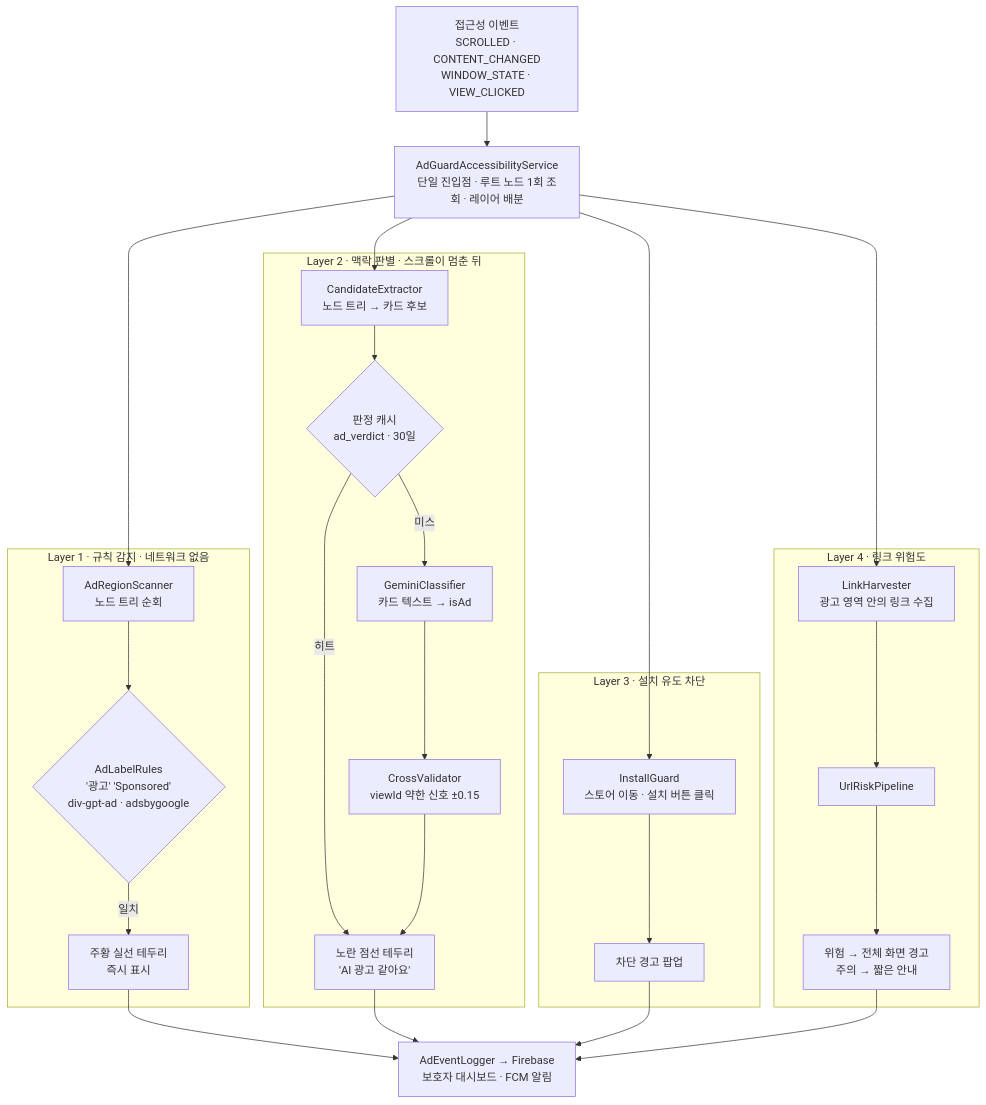
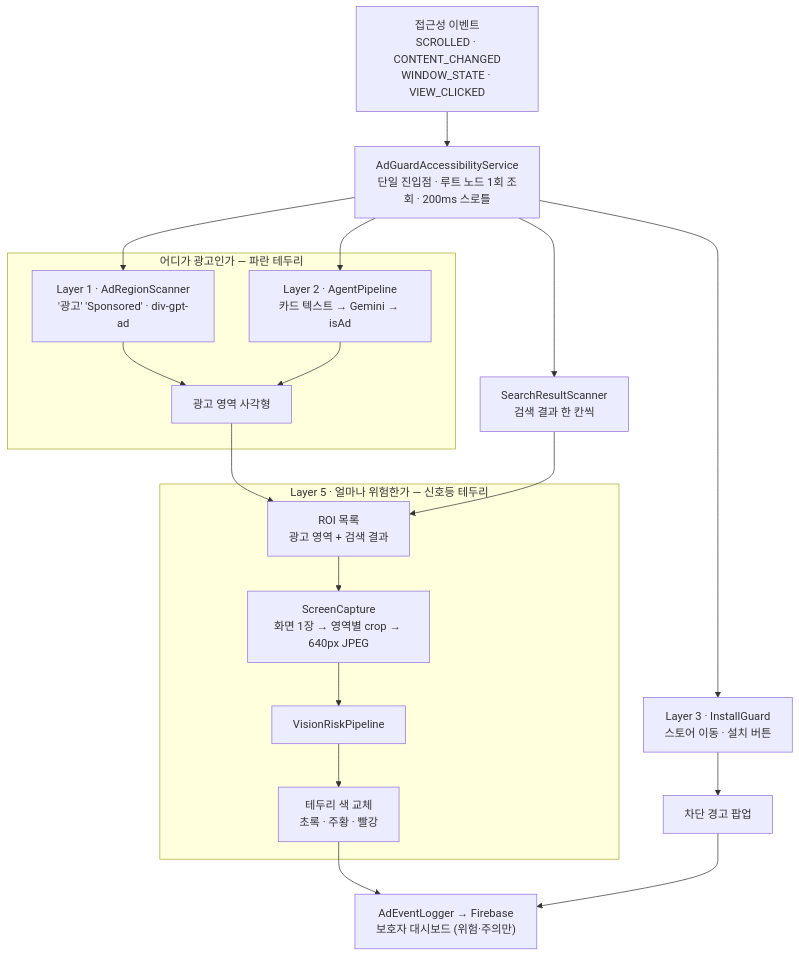
Before and after one commit to SKT-FLY-AI-TEAM-6/senioradguard: the first of 2 diagrams in README.md, drawn with Mermaid. The commit also changed other lines of this file and 35 other files, not shown here.

First line of the commit message:
feat: Layer 5 — 광고 영역을 잘라 이미지로 위험도 판별, 테두리를 신호등 색으로

````diff
--- a/README.md
+++ b/README.md
@@ -30,38 +49,31 @@
 ```mermaid
 flowchart TD
     EV["접근성 이벤트<br/>SCROLLED · CONTENT_CHANGED<br/>WINDOW_STATE · VIEW_CLICKED"] --> SVC
-
-    SVC["AdGuardAccessibilityService<br/>단일 진입점 · 루트 노드 1회 조회 · 레이어 배분"]
+    SVC["AdGuardAccessibilityService<br/>단일 진입점 · 루트 노드 1회 조회 · 200ms 스로틀"]
 
     SVC --> L1
     SVC --> L2
     SVC --> L3
-    SVC --> L4
 
-    subgraph LAYER1["Layer 1 · 규칙 감지 · 네트워크 없음"]
-        L1["AdRegionScanner<br/>노드 트리 순회"] --> R1{"AdLabelRules<br/>'광고' 'Sponsored'<br/>div-gpt-ad · adsbygoogle"}
-        R1 -->|일치| M1["주황 실선 테두리<br/>즉시 표시"]
+    subgraph FIND["어디가 광고인가 — 파란 테두리"]
+        L1["Layer 1 · AdRegionScanner<br/>'광고' 'Sponsored' · div-gpt-ad"] --> RECT
+        L2["Layer 2 · AgentPipeline<br/>카드 텍스트 → Gemini → isAd"] --> RECT
+        RECT["광고 영역 사각형"]
     end
 
-    subgraph LAYER2["Layer 2 · 맥락 판별 · 스크롤이 멈춘 뒤"]
-        L2["CandidateExtractor<br/>노드 트리 → 카드 후보"] --> CA2{"판정 캐시<br/>ad_verdict · 30일"}
-        CA2 -->|히트| M2
-        CA2 -->|미스| G2["GeminiClassifier<br/>카드 텍스트 → isAd"]
-        G2 --> XV["CrossValidator<br/>viewId 약한 신호 ±0.15"]
-        XV --> M2["노란 점선 테두리<br/>'AI 광고 같아요'"]
+    L3["Layer 3 · InstallGuard<br/>스토어 이동 · 설치 버튼"] --> WARN3["차단 경고 팝업"]
+
+    RECT --> ROI
+    SEARCH["SearchResultScanner<br/>검색 결과 한 칸씩"] --> ROI
+    SVC --> SEARCH
+
+    subgraph VISION["Layer 5 · 얼마나 위험한가 — 신호등 테두리"]
+        ROI["ROI 목록<br/>광고 영역 + 검색 결과"] --> CAP
+        CAP["ScreenCapture<br/>화면 1장 → 영역별 crop → 640px JPEG"] --> PIPE
+        PIPE["VisionRiskPipeline"] --> COLOR
+        COLOR["테두리 색 교체<br/>초록 · 주황 · 빨강"]
     end
 
-    subgraph LAYER3["Layer 3 · 설치 유도 차단"]
-        L3["InstallGuard<br/>스토어 이동 · 설치 버튼 클릭"] --> M3["차단 경고 팝업"]
-    end
-
-    subgraph LAYER4["Layer 4 · 링크 위험도"]
-        L4["LinkHarvester<br/>광고 영역 안의 링크 수집"] --> RISK["UrlRiskPipeline"]
-        RISK --> M4["위험 → 전체 화면 경고<br/>주의 → 짧은 안내"]
-    end
-
-    M1 --> FB
-    M2 --> FB
-    M3 --> FB
-    M4 --> FB["AdEventLogger → Firebase<br/>보호자 대시보드 · FCM 알림"]
+    COLOR --> FB["AdEventLogger → Firebase<br/>보호자 대시보드 (위험·주의만)"]
+    WARN3 --> FB
 ```
````
